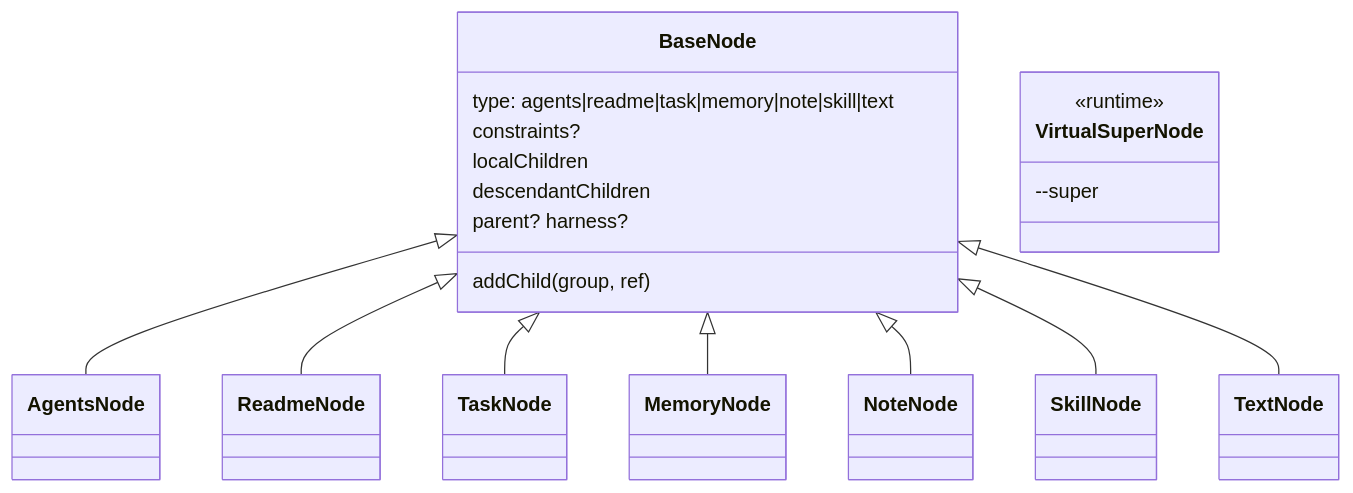
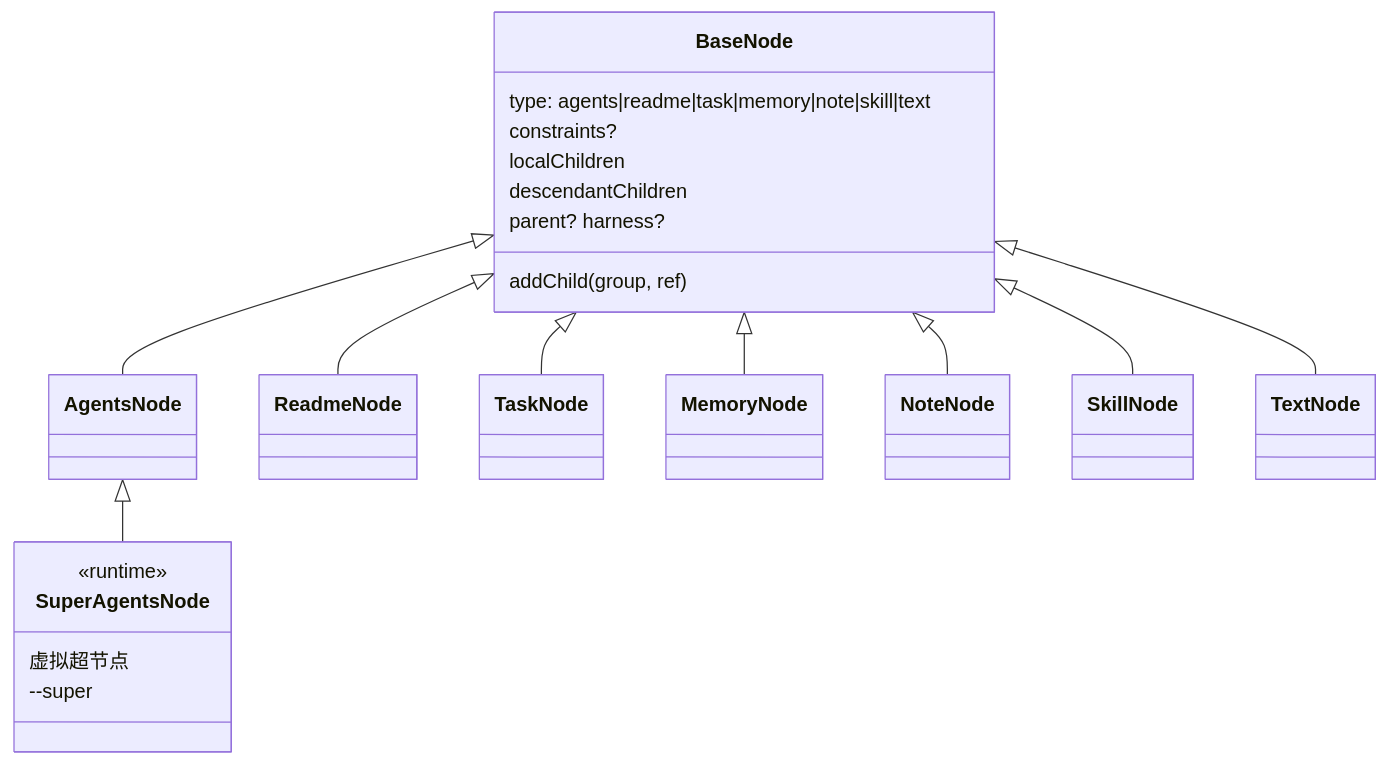
Before and after one commit to VirusPC/edges: the third of 4 diagrams in docs/superpowers/plans/2026-10-06-recursive-system-two-entries.md, drawn with Mermaid. The commit also changed other lines of this file and 9 other files, not shown here.

First line of the commit message:
docs: 虚拟超节点类名为 SuperAgentsNode

````diff
--- a/docs/superpowers/plans/2026-10-06-recursive-system-two-entries.md
+++ b/docs/superpowers/plans/2026-10-06-recursive-system-two-entries.md
@@ -92,22 +92,24 @@
 ```mermaid
 classDiagram
   class BaseNode {
     type: agents|readme|task|memory|note|skill|text
     constraints?
     localChildren
     descendantChildren
     parent? harness?
     addChild(group, ref)
   }
   BaseNode <|-- AgentsNode
   BaseNode <|-- ReadmeNode
   BaseNode <|-- TaskNode
   BaseNode <|-- MemoryNode
   BaseNode <|-- NoteNode
   BaseNode <|-- SkillNode
   BaseNode <|-- TextNode
-  class VirtualSuperNode {
+  class SuperAgentsNode {
     <<runtime>>
+    虚拟超节点
     --super
   }
+  AgentsNode <|-- SuperAgentsNode
 ```
````
